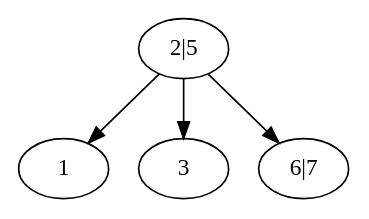
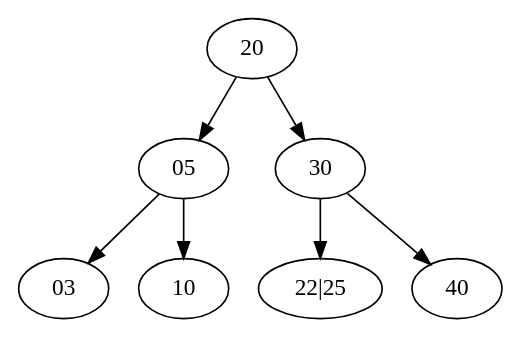
The diagram in 4b/tree.dot (tarasovxx/MEPhi-lab-works), drawn with Graphviz before and after one commit. The commit also changed 21 other files, not shown here.

```diff
--- a/4b/tree.dot
+++ b/4b/tree.dot
@@ -1,5 +1,8 @@
 digraph G {
-	"2|5" -> 1;
-	"2|5" -> 3;
-	"2|5" -> "6|7";
+	20 -> 05;
+	20 -> 30;
+	05 -> 03;
+	05 -> 10;
+	30 -> "22|25";
+	30 -> 40;
 }
```
